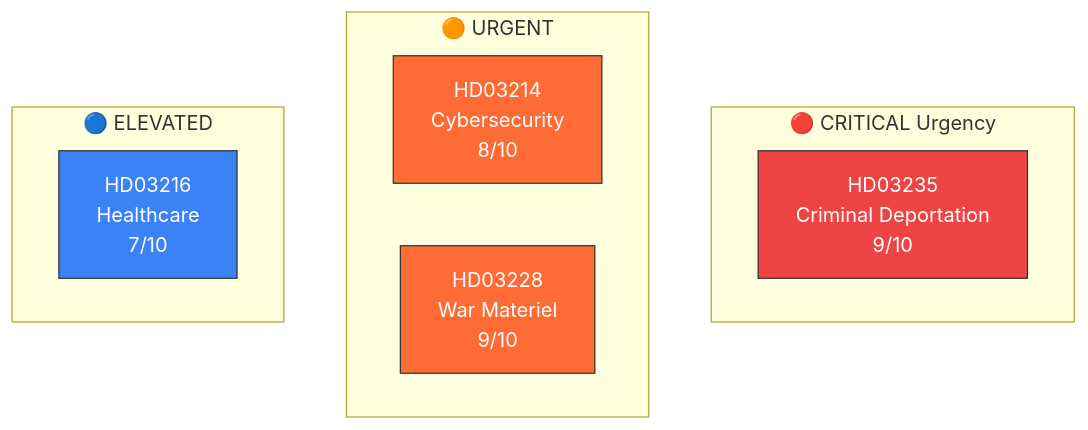
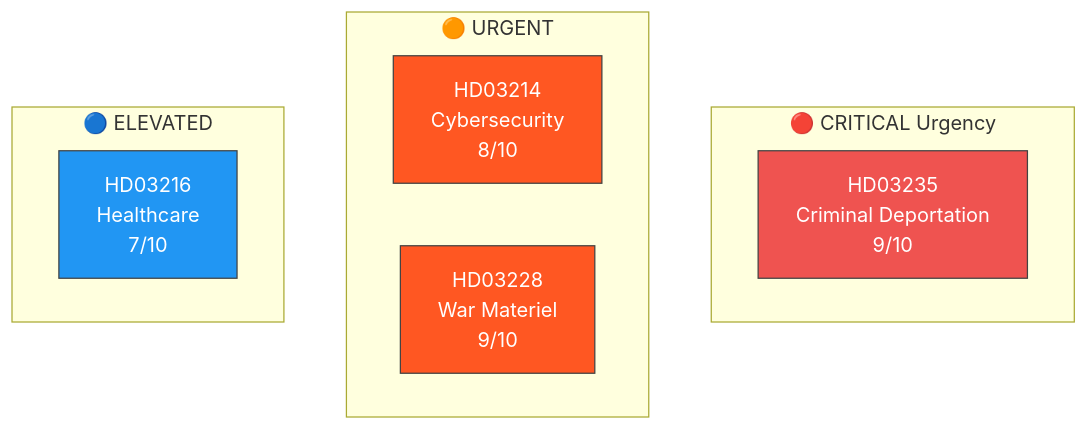
One commit to Hack23/riksdagsmonitor changed the diagram in analysis/daily/2026-04-01/propositions/classification-results.md. Above: the diagram before and after it, drawn with Mermaid. The commit also changed 785 other files, not shown here.

First line of the commit message:
Normalize mermaid colors across 786 analysis artifacts to ISMS Style Guide palette

````diff
--- a/analysis/daily/2026-04-01/propositions/classification-results.md
+++ b/analysis/daily/2026-04-01/propositions/classification-results.md
@@ -15,18 +15,18 @@
 ```mermaid
 graph TD
     subgraph "🔴 CRITICAL Urgency"
         D["HD03235<br/>Criminal Deportation<br/>9/10"]
     end
     subgraph "🟠 URGENT"
         A["HD03214<br/>Cybersecurity<br/>8/10"]
         C["HD03228<br/>War Materiel<br/>9/10"]
     end
     subgraph "🔵 ELEVATED"
         B["HD03216<br/>Healthcare<br/>7/10"]
     end
     
-    style D fill:#ef4444,stroke:#333,color:#fff
-    style A fill:#ff6b35,stroke:#333,color:#fff
-    style C fill:#ff6b35,stroke:#333,color:#fff
-    style B fill:#3b82f6,stroke:#333,color:#fff
+    style D fill:#EF5350,stroke:#424242,color:#FFFFFF
+    style A fill:#FF5722,stroke:#424242,color:#FFFFFF
+    style C fill:#FF5722,stroke:#424242,color:#FFFFFF
+    style B fill:#2196F3,stroke:#424242,color:#FFFFFF
 ```
````
